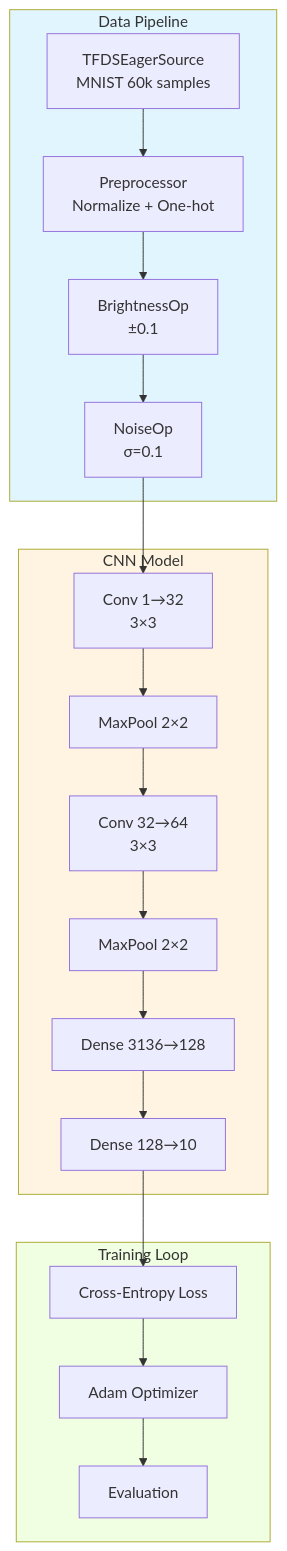
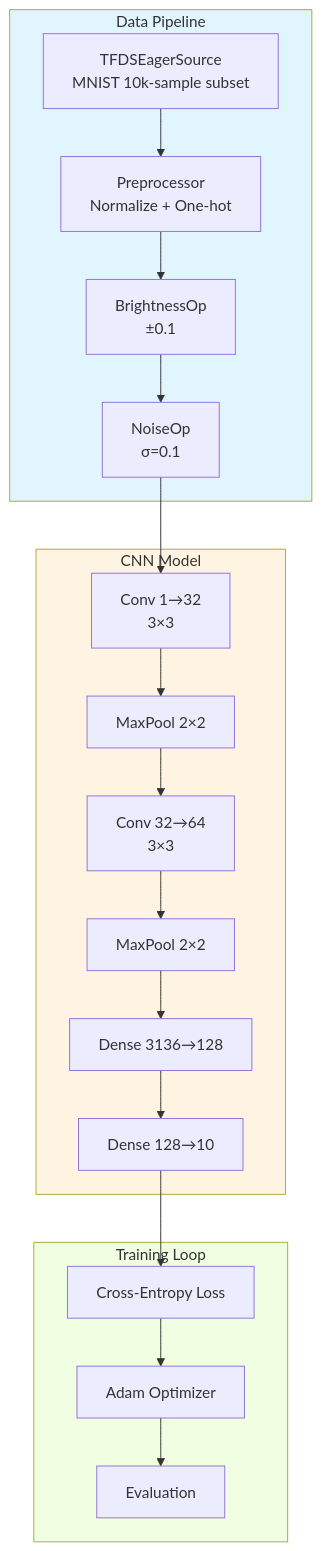
The diagram in docs/examples/core/mnist-tutorial.md (avitai/datarax), drawn with Mermaid before and after one commit. The commit also changed other lines of this file and 63 other files, not shown here.

````diff
--- a/docs/examples/core/mnist-tutorial.md
+++ b/docs/examples/core/mnist-tutorial.md
@@ -477,33 +567,33 @@
 ```mermaid
 flowchart TB
     subgraph Data["Data Pipeline"]
-        TFDS[TFDSEagerSource<br/>MNIST 60k samples]
+        TFDS[TFDSEagerSource<br/>MNIST 10k-sample subset]
         Prep[Preprocessor<br/>Normalize + One-hot]
         Bright[BrightnessOp<br/>±0.1]
         Noise[NoiseOp<br/>σ=0.1]
     end
 
     subgraph Model["CNN Model"]
         Conv1[Conv 1→32<br/>3×3]
         Pool1[MaxPool 2×2]
         Conv2[Conv 32→64<br/>3×3]
         Pool2[MaxPool 2×2]
         Dense1[Dense 3136→128]
         Dense2[Dense 128→10]
     end
 
     subgraph Train["Training Loop"]
         Loss[Cross-Entropy Loss]
         Opt[Adam Optimizer]
         Eval[Evaluation]
     end
 
     TFDS --> Prep --> Bright --> Noise
     Noise --> Conv1 --> Pool1 --> Conv2 --> Pool2
     Pool2 --> Dense1 --> Dense2 --> Loss
     Loss --> Opt --> Eval
 
     style Data fill:#e1f5ff
     style Model fill:#fff4e1
     style Train fill:#f0ffe1
 ```
````
